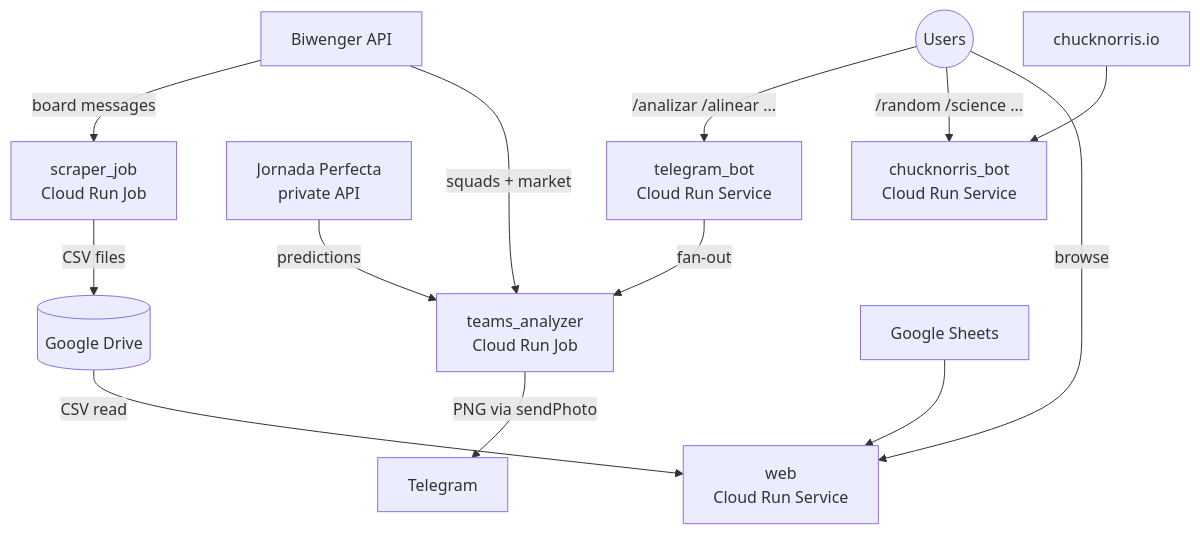
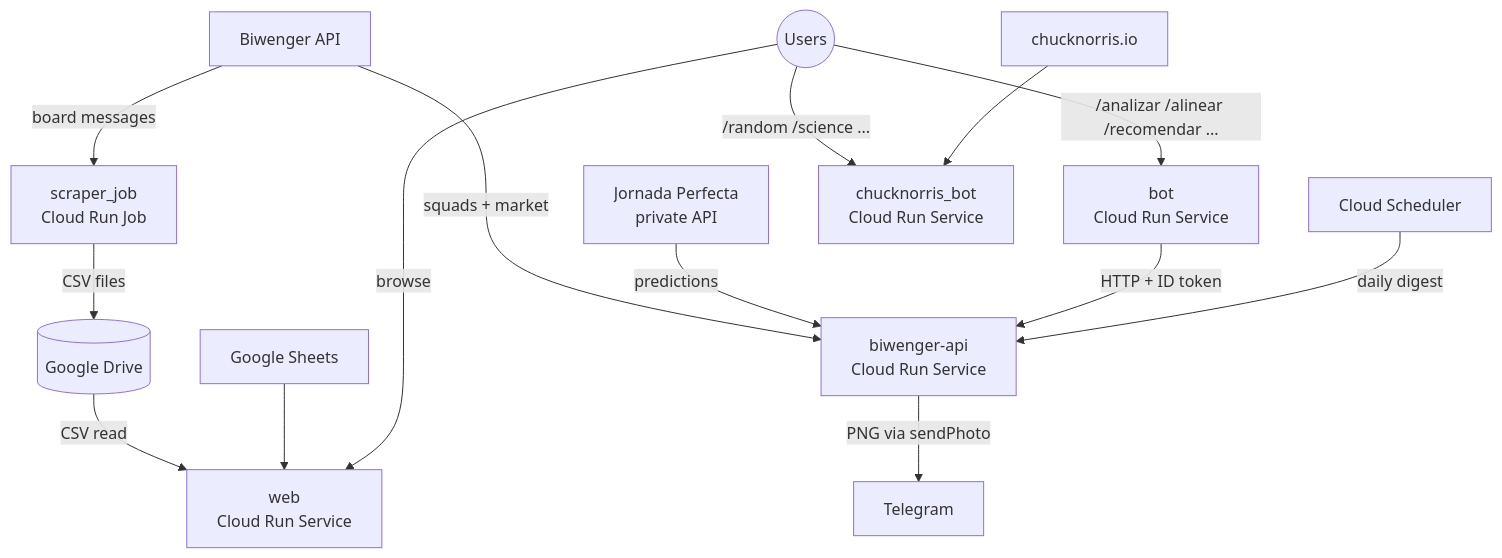
The diagram in README.md (jorgelillo7/lillorepo), drawn with Mermaid before and after one commit. The commit also changed other lines of this file and 16 other files, not shown here.

````diff
--- a/README.md
+++ b/README.md
@@ -7,15 +7,16 @@
 ```mermaid
 graph TD
-    API[Biwenger API] -->|board messages| SJ[scraper_job<br/>Cloud Run Job]
-    JP[Jornada Perfecta<br/>private API] -->|predictions| TA[teams_analyzer<br/>Cloud Run Job]
-    API -->|squads + market| TA
+    BWAPI[Biwenger API] -->|board messages| SJ[scraper_job<br/>Cloud Run Job]
+    BWAPI -->|squads + market| API[biwenger-api<br/>Cloud Run Service]
+    JP[Jornada Perfecta<br/>private API] -->|predictions| API
     SJ -->|CSV files| GD[(Google Drive)]
     GD -->|CSV read| WEB[web<br/>Cloud Run Service]
-    TA -->|PNG via sendPhoto| TG[Telegram]
-    USR((Users)) -->|/analizar /alinear ...| TBOT[telegram_bot<br/>Cloud Run Service]
-    TBOT -->|fan-out| TA
+    API -->|PNG via sendPhoto| TG[Telegram]
+    USR((Users)) -->|/analizar /alinear /recomendar ...| BOT[bot<br/>Cloud Run Service]
+    BOT -->|HTTP + ID token| API
+    SCH[Cloud Scheduler] -->|daily digest| API
     USR -->|/random /science ...| CBOT[chucknorris_bot<br/>Cloud Run Service]
     CN[chucknorris.io] --> CBOT
     GS[Google Sheets] --> WEB
     USR -->|browse| WEB
 ```
````
